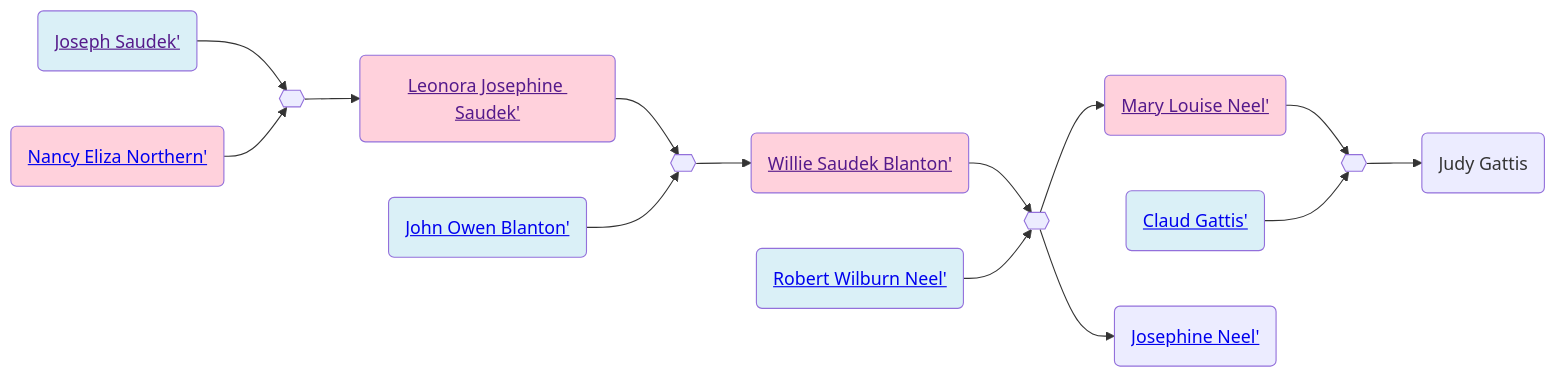
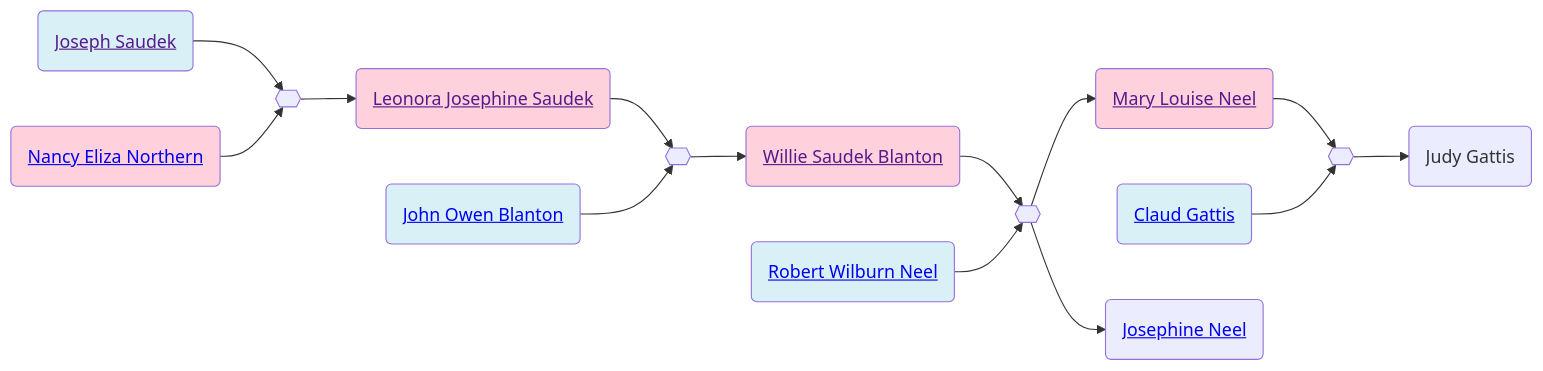
Before and after one commit to neelsmith/avocational: the diagram in familyhistory/sources/people/Neel-line/Blanton-line/Saudek-line/Joseph_Saudek.qmd, drawn with Mermaid. The commit also changed 96 other files, not shown here.

````diff
--- a/familyhistory/sources/people/Neel-line/Blanton-line/Saudek-line/Joseph_Saudek.qmd
+++ b/familyhistory/sources/people/Neel-line/Blanton-line/Saudek-line/Joseph_Saudek.qmd
@@ -26,35 +26,35 @@
 ```{mermaid}
 graph LR
 %% LR descendant diagram
 class Joseph_Saudek_and_Nancy_Eliza_Northern marriage
-Joseph_Saudek(<a href=''>Joseph Saudek'</>) --> Joseph_Saudek_and_Nancy_Eliza_Northern{{ }}
-Nancy_Eliza_Northern(<a href='./Northern-line/Nancy_Eliza_Northern.html'>Nancy Eliza Northern'</>) --> Joseph_Saudek_and_Nancy_Eliza_Northern{{ }}
+Joseph_Saudek(<a href=''>Joseph Saudek</a>) --> Joseph_Saudek_and_Nancy_Eliza_Northern{{ }}
+Nancy_Eliza_Northern(<a href='./Northern-line/Nancy_Eliza_Northern.html'>Nancy Eliza Northern</a>) --> Joseph_Saudek_and_Nancy_Eliza_Northern{{ }}
 class Joseph_Saudek father
 class Nancy_Eliza_Northern mother
-Joseph_Saudek_and_Nancy_Eliza_Northern{{ }} --> Leonora_Josephine_Saudek(<a href='./Leonora_Josephine_Saudek.html'>Leonora Josephine Saudek'</>)
+Joseph_Saudek_and_Nancy_Eliza_Northern{{ }} --> Leonora_Josephine_Saudek(<a href='./Leonora_Josephine_Saudek.html'>Leonora Josephine Saudek</a>)
 class Leonora_Josephine_Saudek_and_John_Owen_Blanton marriage
-Leonora_Josephine_Saudek(<a href=''>Leonora Josephine Saudek'</>) --> Leonora_Josephine_Saudek_and_John_Owen_Blanton{{ }}
-John_Owen_Blanton(<a href='./../John_Owen_Blanton.html'>John Owen Blanton'</>) --> Leonora_Josephine_Saudek_and_John_Owen_Blanton{{ }}
+Leonora_Josephine_Saudek(<a href=''>Leonora Josephine Saudek</a>) --> Leonora_Josephine_Saudek_and_John_Owen_Blanton{{ }}
+John_Owen_Blanton(<a href='./../John_Owen_Blanton.html'>John Owen Blanton</a>) --> Leonora_Josephine_Saudek_and_John_Owen_Blanton{{ }}
 class John_Owen_Blanton father
 class Leonora_Josephine_Saudek mother
-Leonora_Josephine_Saudek_and_John_Owen_Blanton{{ }} --> Willie_Saudek_Blanton(<a href='./../Willie_Saudek_Blanton.html'>Willie Saudek Blanton'</>)
+Leonora_Josephine_Saudek_and_John_Owen_Blanton{{ }} --> Willie_Saudek_Blanton(<a href='./../Willie_Saudek_Blanton.html'>Willie Saudek Blanton</a>)
 class Willie_Saudek_Blanton_and_Robert_Wilburn_Neel marriage
-Willie_Saudek_Blanton(<a href=''>Willie Saudek Blanton'</>) --> Willie_Saudek_Blanton_and_Robert_Wilburn_Neel{{ }}
-Robert_Wilburn_Neel(<a href='./../Robert_Wilburn_Neel.html'>Robert Wilburn Neel'</>) --> Willie_Saudek_Blanton_and_Robert_Wilburn_Neel{{ }}
+Willie_Saudek_Blanton(<a href=''>Willie Saudek Blanton</a>) --> Willie_Saudek_Blanton_and_Robert_Wilburn_Neel{{ }}
+Robert_Wilburn_Neel(<a href='./../Robert_Wilburn_Neel.html'>Robert Wilburn Neel</a>) --> Willie_Saudek_Blanton_and_Robert_Wilburn_Neel{{ }}
 class Robert_Wilburn_Neel father
 class Willie_Saudek_Blanton mother
-Willie_Saudek_Blanton_and_Robert_Wilburn_Neel{{ }} --> Mary_Louise_Neel(<a href='./../Mary_Louise_Neel.html'>Mary Louise Neel'</>)
+Willie_Saudek_Blanton_and_Robert_Wilburn_Neel{{ }} --> Mary_Louise_Neel(<a href='./../Mary_Louise_Neel.html'>Mary Louise Neel</a>)
 class Mary_Louise_Neel_and_Claud_Gattis marriage
-Mary_Louise_Neel(<a href=''>Mary Louise Neel'</>) --> Mary_Louise_Neel_and_Claud_Gattis{{ }}
-Claud_Gattis(<a href='./../Gattis-line/Claud_Gattis.html'>Claud Gattis'</>) --> Mary_Louise_Neel_and_Claud_Gattis{{ }}
+Mary_Louise_Neel(<a href=''>Mary Louise Neel</a>) --> Mary_Louise_Neel_and_Claud_Gattis{{ }}
+Claud_Gattis(<a href='./../Gattis-line/Claud_Gattis.html'>Claud Gattis</a>) --> Mary_Louise_Neel_and_Claud_Gattis{{ }}
 class Claud_Gattis father
 class Mary_Louise_Neel mother
 Mary_Louise_Neel_and_Claud_Gattis{{ }} --> Judy_Gattis(Judy Gattis)
 class Robert_Wilburn_Neel father
 class Willie_Saudek_Blanton mother
-Willie_Saudek_Blanton_and_Robert_Wilburn_Neel{{ }} --> Josephine_Neel(<a href='./../Josephine_Neel.html'>Josephine Neel'</>)
+Willie_Saudek_Blanton_and_Robert_Wilburn_Neel{{ }} --> Josephine_Neel(<a href='./../Josephine_Neel.html'>Josephine Neel</a>)
 classDef mother fill:#ffd1dc
 classDef father fill:#daf0f7  
 classDef marriage fill:#ffffff
 
 ```
````
